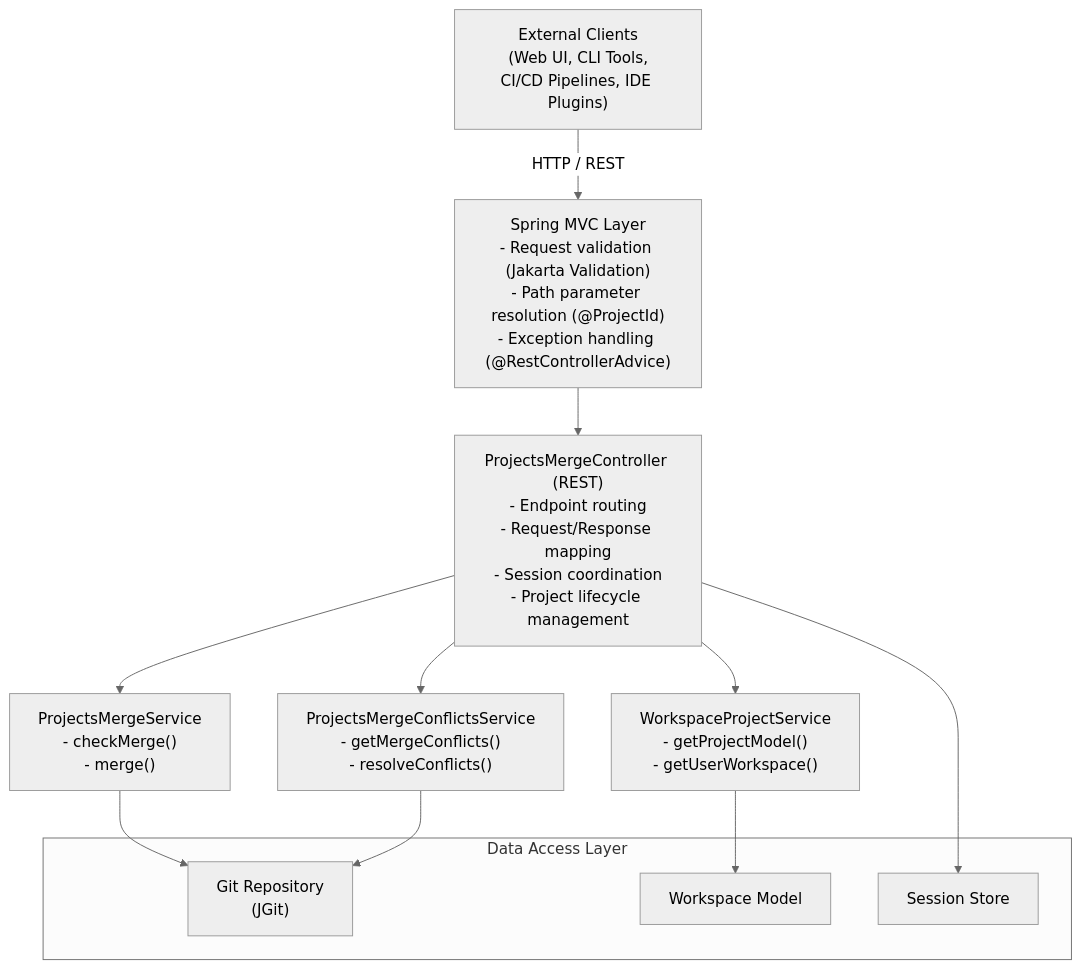
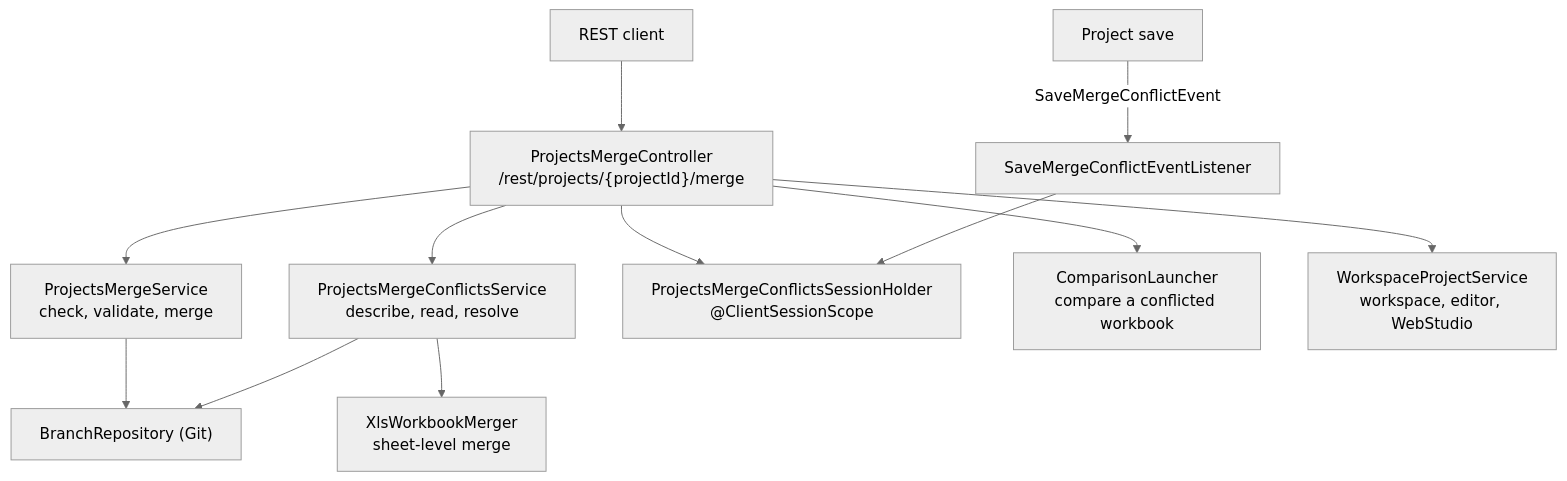
The diagram in Docs/api/projects-merge-architecture.md (openl-tablets/openl-tablets), drawn with Mermaid (neutral theme) before and after one commit. The commit also changed other lines of this file and 1 other file, not shown here.

Commit message:
Rewrite the merge architecture page and add compare to the history page

````diff
--- a/Docs/api/projects-merge-architecture.md
+++ b/Docs/api/projects-merge-architecture.md
@@ -32,38 +12,14 @@
-``` mermaid
+```mermaid
 flowchart TB
-    %% External clients
-    EXT["External Clients<br/>(Web UI, CLI Tools,<br/>CI/CD Pipelines, IDE Plugins)"]
-
-    %% Spring MVC layer
-    MVC["Spring MVC Layer<br/>- Request validation (Jakarta Validation)<br/>- Path parameter resolution (@ProjectId)<br/>- Exception handling (@RestControllerAdvice)"]
-
-    %% Controller
-    CTRL["ProjectsMergeController (REST)<br/>- Endpoint routing<br/>- Request/Response mapping<br/>- Session coordination<br/>- Project lifecycle management"]
-
-    %% Services
-    PMS["ProjectsMergeService<br/>- checkMerge()<br/>- merge()"]
-    PMCS["ProjectsMergeConflictsService<br/>- getMergeConflicts()<br/>- resolveConflicts()"]
-    WPS["WorkspaceProjectService<br/>- getProjectModel()<br/>- getUserWorkspace()"]
-
-    %% Data Access Layer
-    subgraph DAL["Data Access Layer"]
-        GIT["Git Repository<br/>(JGit)"]
-        WM["Workspace Model"]
-        SS["Session Store"]
-    end
-
-    %% Connections
-    EXT -->|HTTP / REST| MVC
-    MVC --> CTRL
-
-    CTRL --> PMS
-    CTRL --> PMCS
-    CTRL --> WPS
-
-    PMS --> GIT
-    PMCS --> GIT
-
-    WPS --> WM
-    CTRL --> SS
-
+    Client["REST client"] --> Ctrl["ProjectsMergeController<br/>/rest/projects/{projectId}/merge"]
+    Ctrl --> MS["ProjectsMergeService<br/>check, validate, merge"]
+    Ctrl --> CS["ProjectsMergeConflictsService<br/>describe, read, resolve"]
+    Ctrl --> SH["ProjectsMergeConflictsSessionHolder<br/>@ClientSessionScope"]
+    Ctrl --> CL["ComparisonLauncher<br/>compare a conflicted workbook"]
+    Ctrl --> WS["WorkspaceProjectService<br/>workspace, editor, WebStudio"]
+    MS --> Git["BranchRepository (Git)"]
+    CS --> Git
+    CS --> XM["XlsWorkbookMerger<br/>sheet-level merge"]
+    Save["Project save"] -- SaveMergeConflictEvent --> Lst["SaveMergeConflictEventListener"]
+    Lst --> SH
 ```
````
